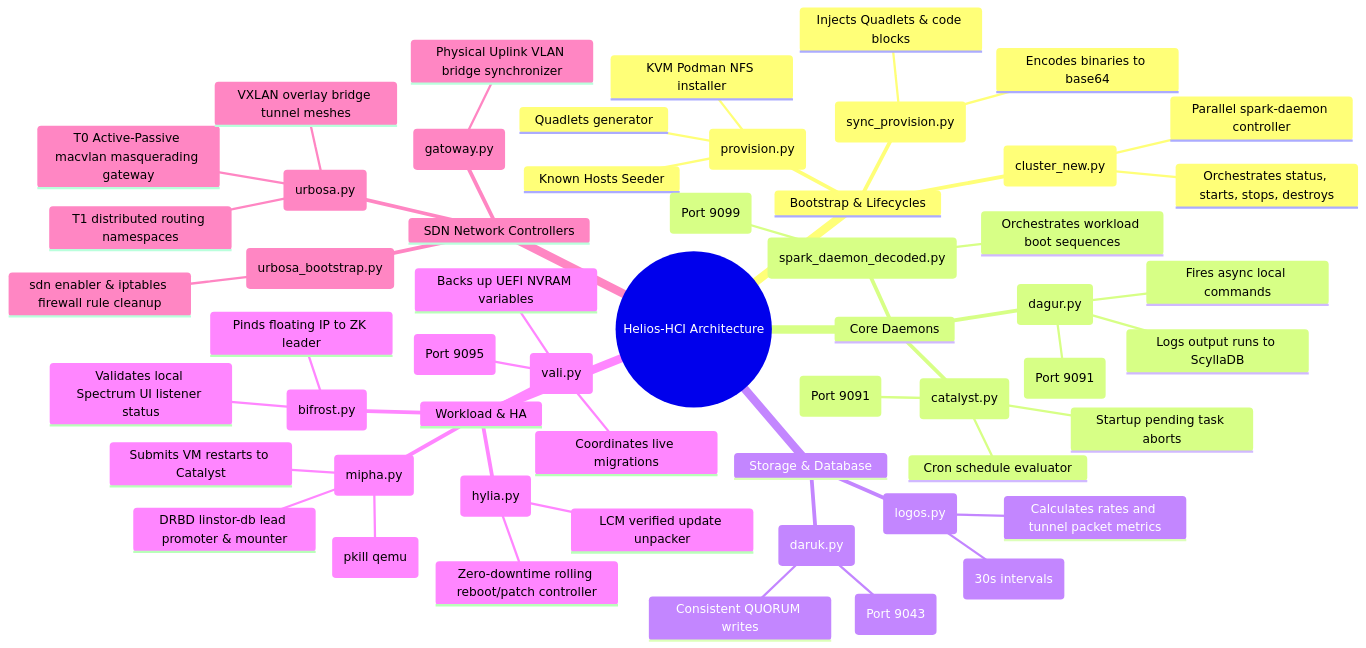
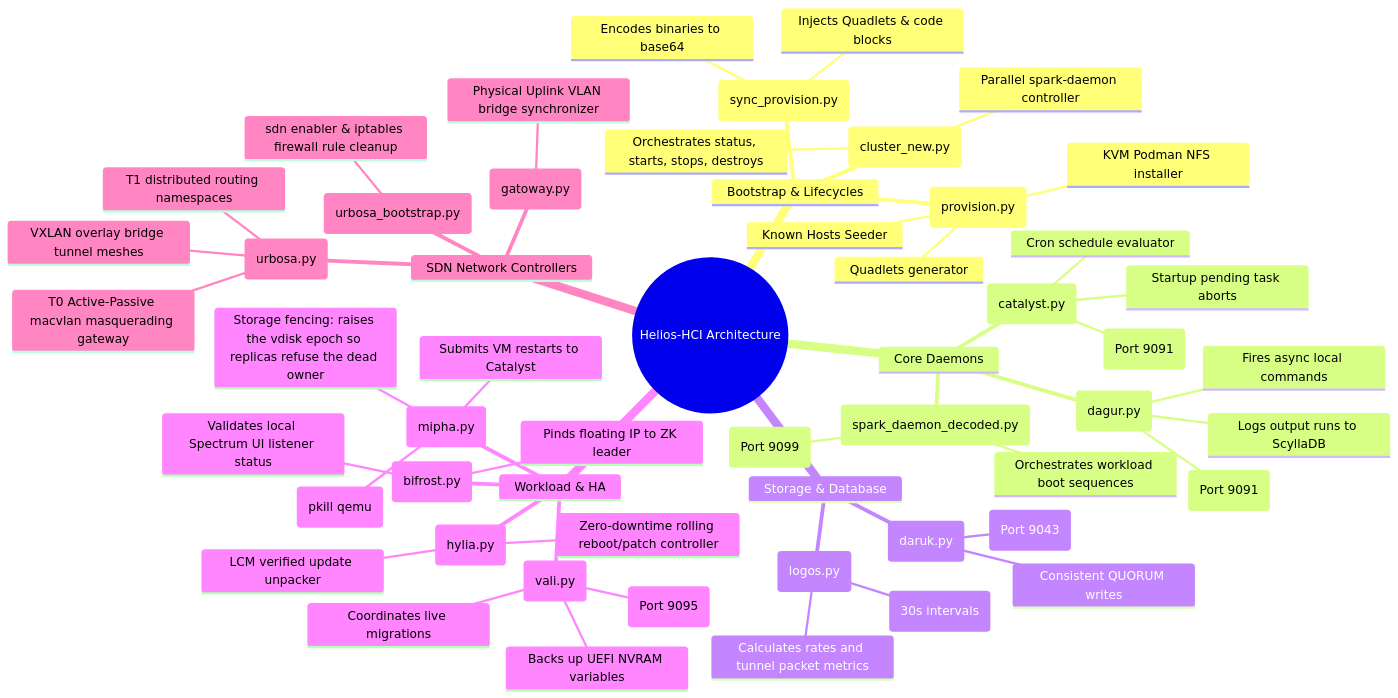
One commit to AuroraRyunix/Helios-HCI changed the diagram in docs/master_technical_mindmap.md. Above: the diagram before and after it, drawn with Mermaid. The commit also changed 19 other files, not shown here.

````diff
--- a/docs/master_technical_mindmap.md
+++ b/docs/master_technical_mindmap.md
@@ -5,58 +5,58 @@
 ```mermaid
 mindmap
   root((Helios-HCI Architecture))
     Bootstrap & Lifecycles
       Provisioning (provision.py)
         KVM Podman NFS installer
         Quadlets generator
         Known Hosts Seeder
       Sync Manager (sync_provision.py)
         Encodes binaries to base64
         Injects Quadlets & code blocks
       System Controller (cluster_new.py)
         Parallel spark-daemon controller
         Orchestrates status, starts, stops, destroys
     Core Daemons
       mTLS Coordinator (spark_daemon_decoded.py)
         Executes local host shell scripts (Port 9099)
         Orchestrates workload boot sequences
       Task Coordinator (catalyst.py)
         HTTP API task server (Port 9091)
         Cron schedule evaluator
         Startup pending task aborts
       Cron Worker (dagur.py)
         Long-polls Catalyst queue (Port 9091)
         Fires async local commands
         Logs output runs to ScyllaDB
     Storage & Database
       ScyllaDB Proxy (daruk.py)
         Persistent cassandra-driver connection (Port 9043)
         Consistent QUORUM writes
       Metadata telemetry (logos.py)
         Ingests CPU/RAM/Disk stats (30s intervals)
         Calculates rates and tunnel packet metrics
     Workload & HA
       VM Scheduling (vali.py)
         Connects to libvirt hypervisor (Port 9095)
         Coordinates live migrations
         Backs up UEFI NVRAM variables
       HA Coordinator (mipha.py)
-        DRBD linstor-db lead promoter & mounter
+        Storage fencing: raises the vdisk epoch so replicas refuse the dead owner
         Fences dead hosts (pkill qemu)
         Submits VM restarts to Catalyst
       VIP Manager (bifrost.py)
         Pinds floating IP to ZK leader
         Validates local Spectrum UI listener status
       Upgrade Coordinator (hylia.py)
         LCM verified update unpacker
         Zero-downtime rolling reboot/patch controller
     SDN Network Controllers
       Bridge Sync (gatoway.py)
         Physical Uplink VLAN bridge synchronizer
       Logical Router (urbosa.py)
         T0 Active-Passive macvlan masquerading gateway
         T1 distributed routing namespaces
         VXLAN overlay bridge tunnel meshes
       Network Seeder (urbosa_bootstrap.py)
         sdn enabler & iptables firewall rule cleanup
 ```
````
